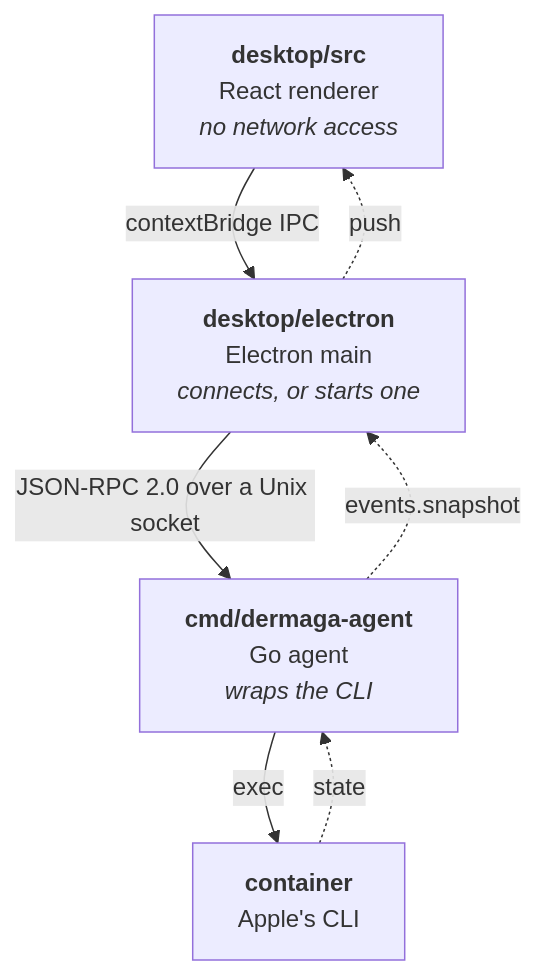
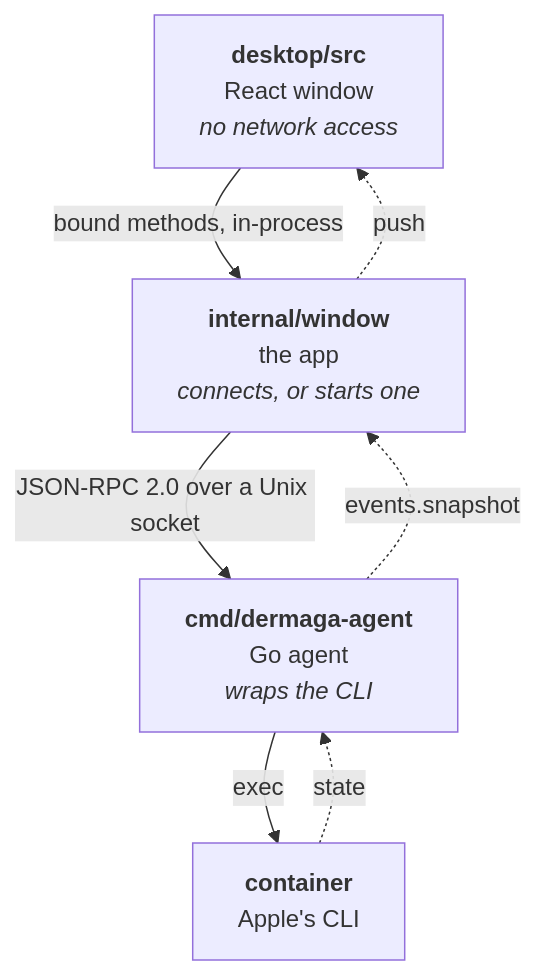
One commit to canks69/dermaga changed the first of 2 diagrams in README.md. Above: the diagram before and after it, drawn with Mermaid. The commit also changed other lines of this file and 73 other files, not shown here.

First line of the commit message:
perf: drop Electron and draw the window from Go (#41)

````diff
--- a/README.md
+++ b/README.md
@@ -151,14 +151,14 @@
 ```mermaid
 flowchart TD
-    R["<b>desktop/src</b><br/>React renderer<br/><i>no network access</i>"]
-    M["<b>desktop/electron</b><br/>Electron main<br/><i>connects, or starts one</i>"]
+    R["<b>desktop/src</b><br/>React window<br/><i>no network access</i>"]
+    M["<b>internal/window</b><br/>the app<br/><i>connects, or starts one</i>"]
     A["<b>cmd/dermaga-agent</b><br/>Go agent<br/><i>wraps the CLI</i>"]
     C["<b>container</b><br/>Apple's CLI"]
 
-    R -- "contextBridge IPC" --> M
+    R -- "bound methods, in-process" --> M
     M -- "JSON-RPC 2.0 over a Unix socket" --> A
     A -- "exec" --> C
     C -. "state" .-> A
     A -. "events.snapshot" .-> M
     M -. "push" .-> R
 ```
````
